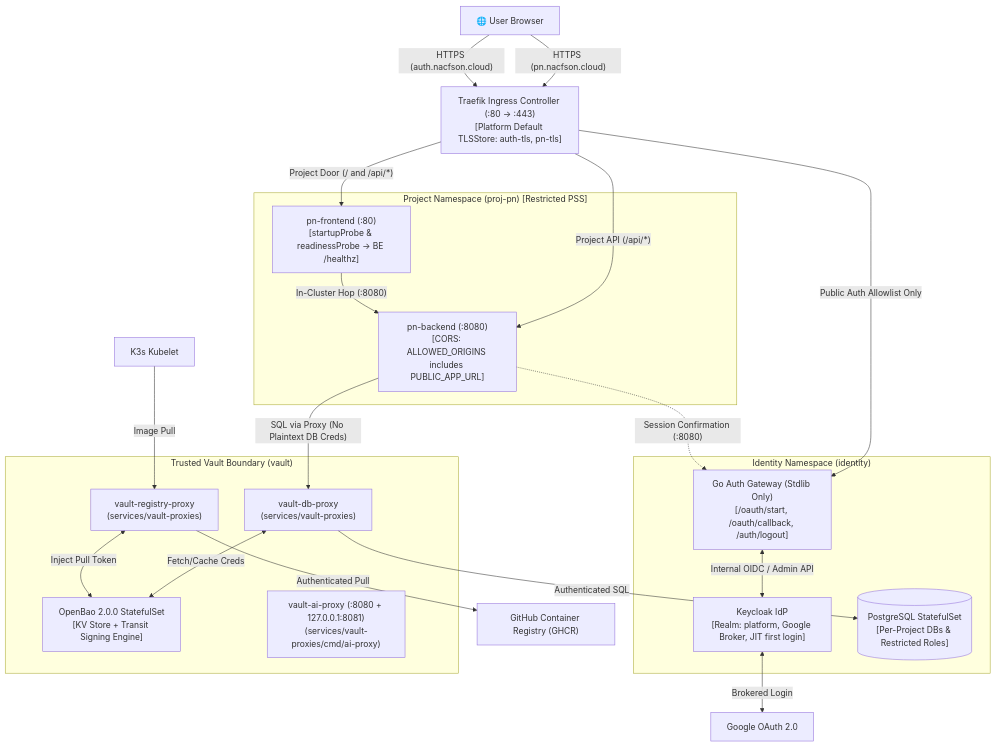
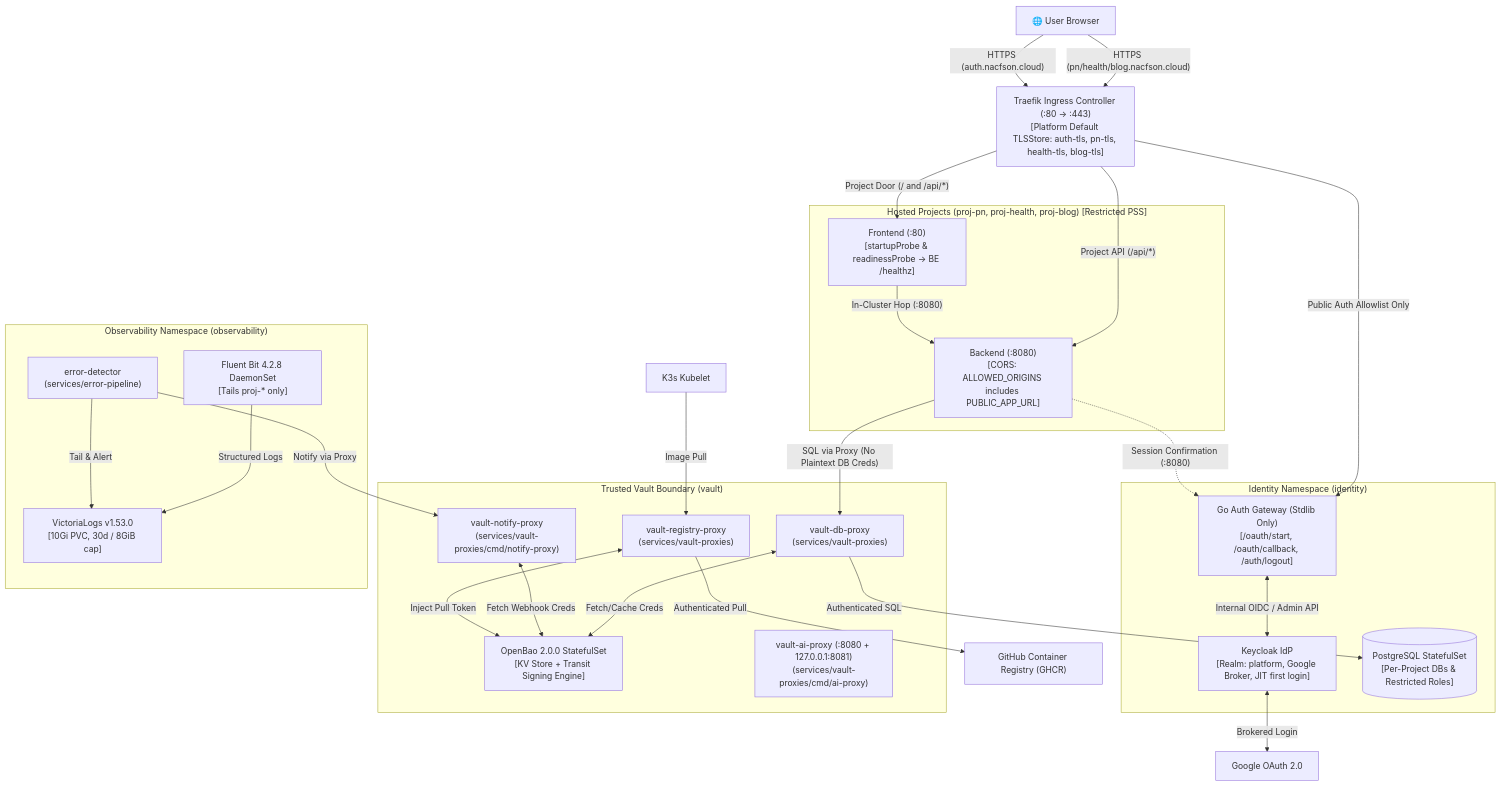
The first of 3 diagrams in ARCHITECTURE.md (nacfson/nacfson_pipeline), drawn with Mermaid before and after one commit. The commit also changed other lines of this file and 8 other files, not shown here.

````diff
--- a/ARCHITECTURE.md
+++ b/ARCHITECTURE.md
@@ -13,46 +13,58 @@
 ```mermaid
 flowchart TD
     Browser["🌐 User Browser"]
-    Traefik["Traefik Ingress Controller (:80 -> :443)<br/>[Platform Default TLSStore: auth-tls, pn-tls]"]
+    Traefik["Traefik Ingress Controller (:80 -> :443)<br/>[Platform Default TLSStore: auth-tls, pn-tls, health-tls, blog-tls]"]
 
     subgraph PlatformIdentity["Identity Namespace (identity)"]
         Gateway["Go Auth Gateway (Stdlib Only)<br/>[/oauth/start, /oauth/callback, /auth/logout]"]
         Keycloak["Keycloak IdP<br/>[Realm: platform, Google Broker, JIT first login]"]
         Postgres[("PostgreSQL StatefulSet<br/>[Per-Project DBs & Restricted Roles]")]
     end
 
     subgraph VaultBoundary["Trusted Vault Boundary (vault)"]
         OpenBao["OpenBao 2.0.0 StatefulSet<br/>[KV Store + Transit Signing Engine]"]
         DBProxy["vault-db-proxy<br/>(services/vault-proxies)"]
         RegProxy["vault-registry-proxy<br/>(services/vault-proxies)"]
         AIProxy["vault-ai-proxy (:8080 + 127.0.0.1:8081)<br/>(services/vault-proxies/cmd/ai-proxy)"]
+        NotifyProxy["vault-notify-proxy<br/>(services/vault-proxies/cmd/notify-proxy)"]
     end
 
-    subgraph ProjectPN["Project Namespace (proj-pn) [Restricted PSS]"]
-        FE["pn-frontend (:80)<br/>[startupProbe & readinessProbe -> BE /healthz]"]
-        BE["pn-backend (:8080)<br/>[CORS: ALLOWED_ORIGINS includes PUBLIC_APP_URL]"]
+    subgraph ObservabilityNS["Observability Namespace (observability)"]
+        FluentBit["Fluent Bit 4.2.8 DaemonSet<br/>[Tails proj-* only]"]
+        VictoriaLogs["VictoriaLogs v1.53.0<br/>[10Gi PVC, 30d / 8GiB cap]"]
+        ErrorDetector["error-detector<br/>(services/error-pipeline)"]
+    end
+
+    subgraph ProjectPN["Hosted Projects (proj-pn, proj-health, proj-blog) [Restricted PSS]"]
+        FE["Frontend (:80)<br/>[startupProbe & readinessProbe -> BE /healthz]"]
+        BE["Backend (:8080)<br/>[CORS: ALLOWED_ORIGINS includes PUBLIC_APP_URL]"]
     end
 
     Google["Google OAuth 2.0"]
     GHCR["GitHub Container Registry (GHCR)"]
 
-    Browser -->|"HTTPS (pn.nacfson.cloud)"| Traefik
+    Browser -->|"HTTPS (pn/health/blog.nacfson.cloud)"| Traefik
     Browser -->|"HTTPS (auth.nacfson.cloud)"| Traefik
 
     Traefik -->|"Project Door (/ and /api/*)"| FE
     Traefik -->|"Project API (/api/*)"| BE
     Traefik -->|"Public Auth Allowlist Only"| Gateway
 
     FE -->|"In-Cluster Hop (:8080)"| BE
     BE -.->|"Session Confirmation (:8080)"| Gateway
     Gateway <-->|"Internal OIDC / Admin API"| Keycloak
     Keycloak <-->|"Brokered Login"| Google
 
     BE -->|"SQL via Proxy (No Plaintext DB Creds)"| DBProxy
     DBProxy <-->|"Fetch/Cache Creds"| OpenBao
     DBProxy -->|"Authenticated SQL"| Postgres
 
+    FluentBit -->|"Structured Logs"| VictoriaLogs
+    ErrorDetector -->|"Tail & Alert"| VictoriaLogs
+    ErrorDetector -->|"Notify via Proxy"| NotifyProxy
+    NotifyProxy <-->|"Fetch Webhook Creds"| OpenBao
+
     Kubelet["K3s Kubelet"] -->|"Image Pull"| RegProxy
     RegProxy <-->|"Inject Pull Token"| OpenBao
     RegProxy -->|"Authenticated Pull"| GHCR
 ```
````
